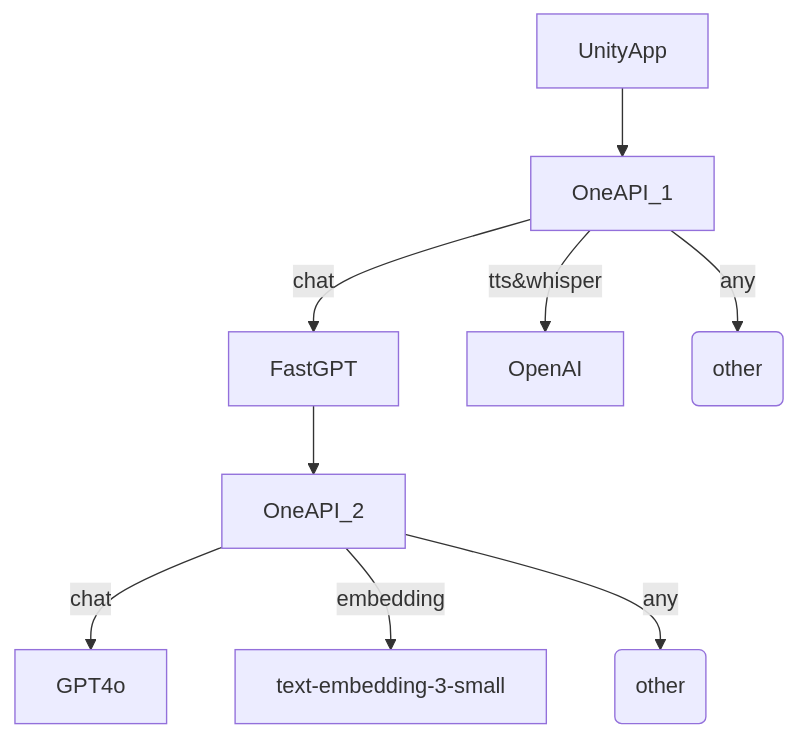
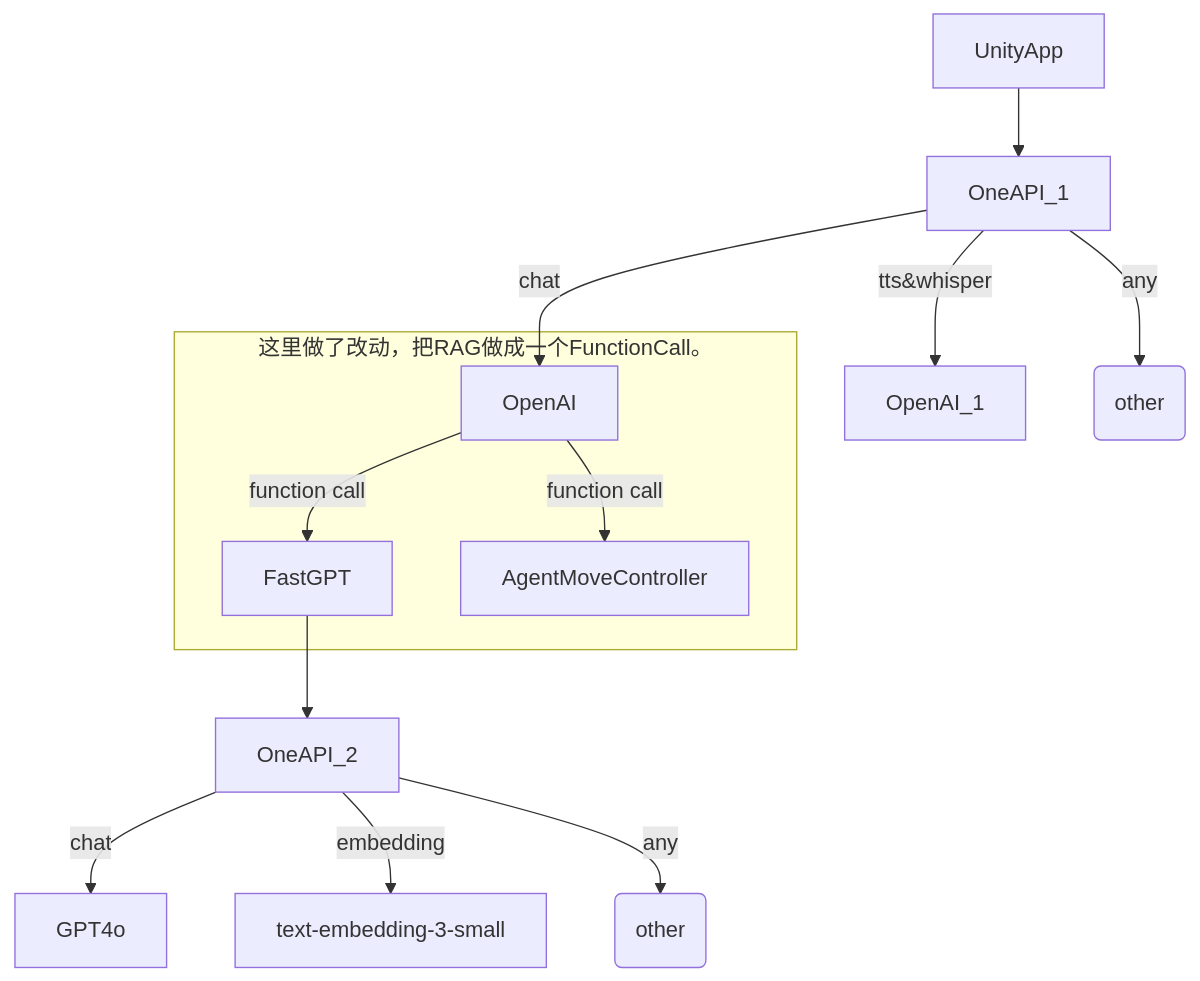
Before and after one commit to hby-star/XRLLMAgent: the diagram in Architecture.md, drawn with Mermaid. The commit also changed 13 other files, not shown here.

Commit message:
feat: rag as function call.

````diff
--- a/Architecture.md
+++ b/Architecture.md
@@ -3,11 +3,19 @@
 ```mermaid
 flowchart TD
+    subgraph comment1 [这里做了改动，把RAG做成一个FunctionCall。]
+        OpenAI
+        FastGPT
+        AgentMoveController
+    end
 	UnityApp --> OneAPI_1
-	OneAPI_1 --chat--> FastGPT
-	OneAPI_1 --tts&whisper--> OpenAI
+	OneAPI_1 --chat--> OpenAI
+	OpenAI --function call--> FastGPT
+	OpenAI --function call--> AgentMoveController
+	OneAPI_1 --tts&whisper--> OpenAI_1
 	OneAPI_1 --any--> other1(other)
 	FastGPT --> OneAPI_2
 	OneAPI_2 --chat--> GPT4o
 	OneAPI_2 --embedding--> text-embedding-3-small
 	OneAPI_2 --any--> other2(other)
+	
 ```
````
